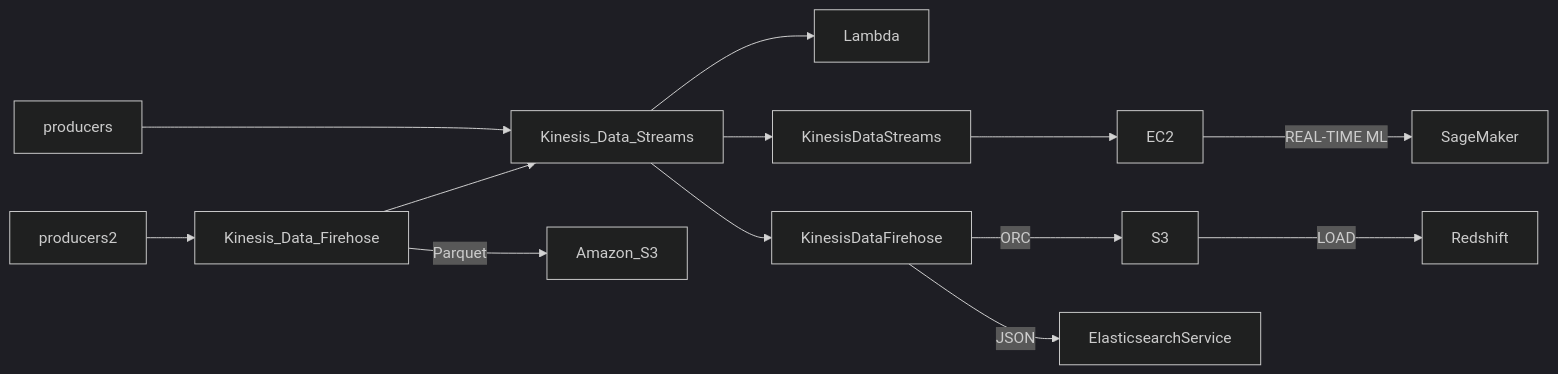
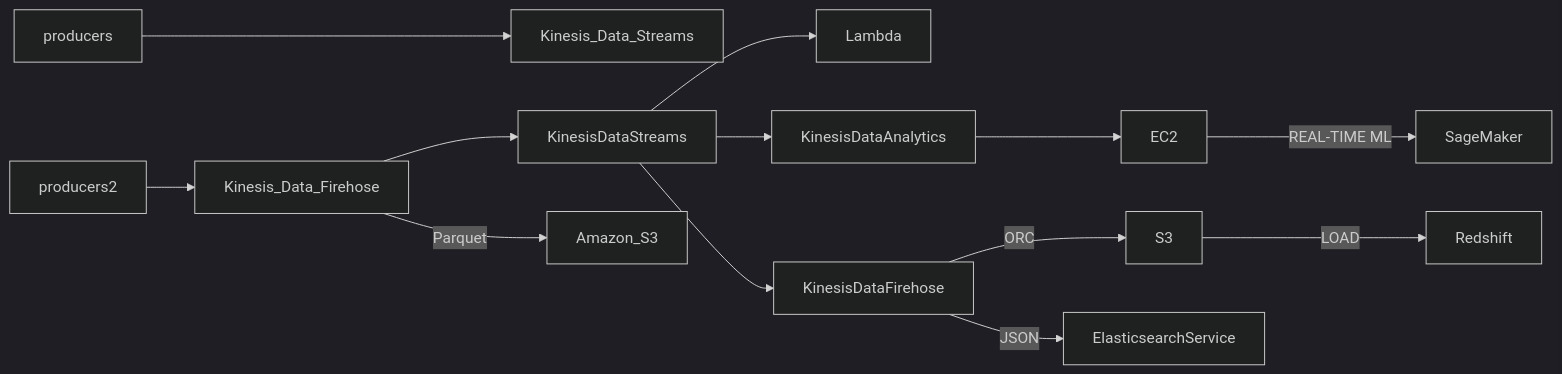
The first of 3 diagrams in data-engineering/full-data-engineering-pipelines/README.md (Cairo-Lopes/ml-aws), drawn with Mermaid (dark theme) before and after one commit. The commit also changed other lines of this file and 2 other files, not shown here.

```diff
--- a/data-engineering/full-data-engineering-pipelines/README.md
+++ b/data-engineering/full-data-engineering-pipelines/README.md
@@ -4,16 +5,15 @@
 ::: mermaid
 graph LR;
 
     producers--->Kinesis_Data_Streams
-    
     producers2-->Kinesis_Data_Firehose
-    Kinesis_Data_Firehose-->Kinesis_Data_Streams
+    Kinesis_Data_Firehose-->KinesisDataStreams
     Kinesis_Data_Firehose--Parquet-->Amazon_S3
-    Kinesis_Data_Streams--> Lambda
-    Kinesis_Data_Streams-->KinesisDataStreams 
-    Kinesis_Data_Streams--> KinesisDataFirehose
-    KinesisDataStreams-->EC2
+    KinesisDataStreams--> Lambda
+    KinesisDataStreams-->KinesisDataAnalytics
+    KinesisDataStreams--> KinesisDataFirehose
+    KinesisDataAnalytics-->EC2
     EC2-- REAL-TIME ML -->SageMaker
     KinesisDataFirehose--ORC-->S3--LOAD-->Redshift
     KinesisDataFirehose--JSON-->ElasticsearchService
 :::
```
